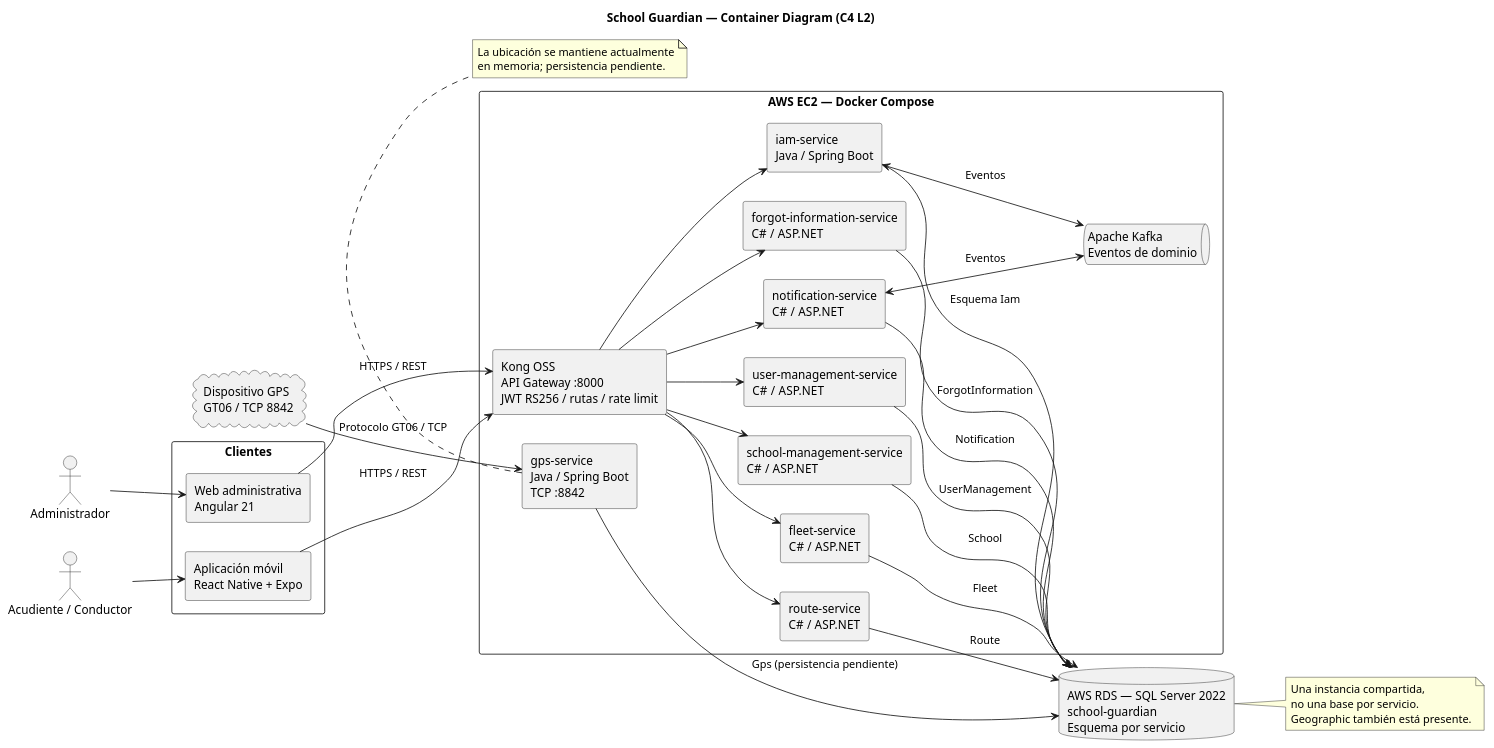
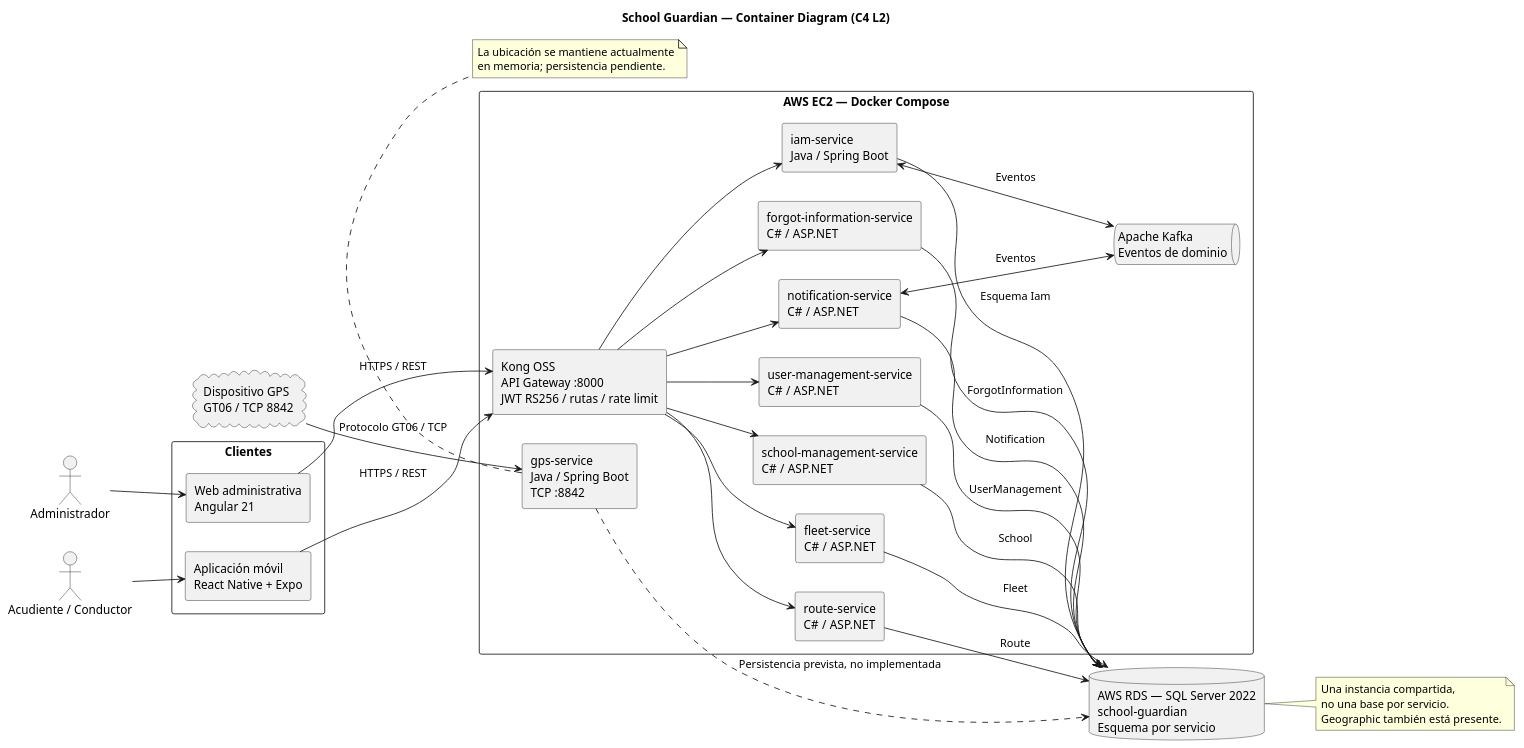
The diagram in 08-uml/diagrams/source/c2-container-diagram.puml (code-sena/sg-docs), drawn with PlantUML before and after one commit.

Commit message:
docs(uml): clarify pending GPS persistence

```diff
--- a/08-uml/diagrams/source/c2-container-diagram.puml
+++ b/08-uml/diagrams/source/c2-container-diagram.puml
@@ -1,64 +1,64 @@
 @startuml c2-container-diagram
 title School Guardian — Container Diagram (C4 L2)
 left to right direction
 skinparam componentStyle rectangle
 skinparam packageStyle rectangle
 skinparam shadowing false
 
 actor "Acudiente / Conductor" as MobileUser
 actor "Administrador" as Admin
 cloud "Dispositivo GPS\nGT06 / TCP 8842" as GpsDevice
 
 rectangle "Clientes" {
   component "Aplicación móvil\nReact Native + Expo" as Mobile
   component "Web administrativa\nAngular 21" as Web
 }
 
 rectangle "AWS EC2 — Docker Compose" {
   component "Kong OSS\nAPI Gateway :8000\nJWT RS256 / rutas / rate limit" as Kong
   component "iam-service\nJava / Spring Boot" as IAM
   component "user-management-service\nC# / ASP.NET" as Users
   component "school-management-service\nC# / ASP.NET" as School
   component "fleet-service\nC# / ASP.NET" as Fleet
   component "route-service\nC# / ASP.NET" as Route
   component "notification-service\nC# / ASP.NET" as Notification
   component "gps-service\nJava / Spring Boot\nTCP :8842" as GPS
   component "forgot-information-service\nC# / ASP.NET" as Forgot
   queue "Apache Kafka\nEventos de dominio" as Kafka
 }
 
 database "AWS RDS — SQL Server 2022\nschool-guardian\nEsquema por servicio" as DB
 
 MobileUser --> Mobile
 Admin --> Web
 Mobile --> Kong : HTTPS / REST
 Web --> Kong : HTTPS / REST
 Kong --> IAM
 Kong --> Users
 Kong --> School
 Kong --> Fleet
 Kong --> Route
 Kong --> Notification
 Kong --> Forgot
 GpsDevice --> GPS : Protocolo GT06 / TCP
 IAM <--> Kafka : Eventos
 Notification <--> Kafka : Eventos
 IAM --> DB : Esquema Iam
 Users --> DB : UserManagement
 School --> DB : School
 Fleet --> DB : Fleet
 Route --> DB : Route
 Notification --> DB : Notification
-GPS --> DB : Gps (persistencia pendiente)
+GPS ..> DB : Persistencia prevista, no implementada
 Forgot --> DB : ForgotInformation
 
 note right of DB
   Una instancia compartida,
   no una base por servicio.
   Geographic también está presente.
 end note
 note bottom of GPS
   La ubicación se mantiene actualmente
   en memoria; persistencia pendiente.
 end note
 @enduml
```
